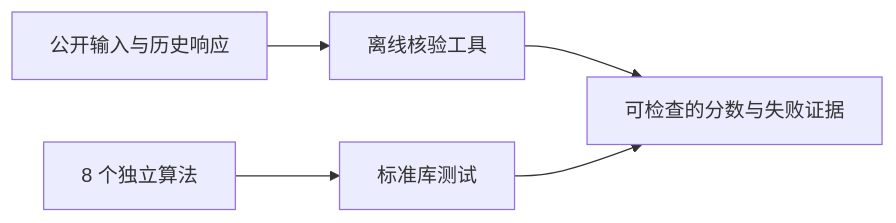
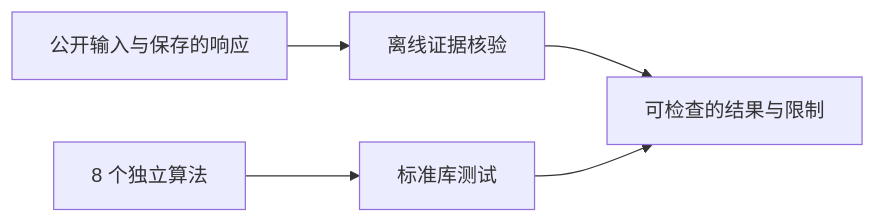
Before and after one commit to YSADF/ocr-document-showcase: the diagram in README.md, drawn with Mermaid. The commit also changed other lines of this file and 132 other files, not shown here.

````diff
--- a/README.md
+++ b/README.md
@@ -84,7 +77,7 @@
 ```mermaid
 flowchart LR
-    A[公开输入与历史响应] --> B[离线核验工具]
+    A[公开输入与保存的响应] --> B[离线证据核验]
     C[8 个独立算法] --> D[标准库测试]
-    B --> E[可检查的分数与失败证据]
+    B --> E[可检查的结果与限制]
     D --> E
 ```
````
